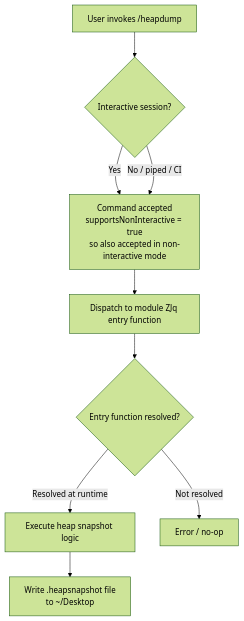
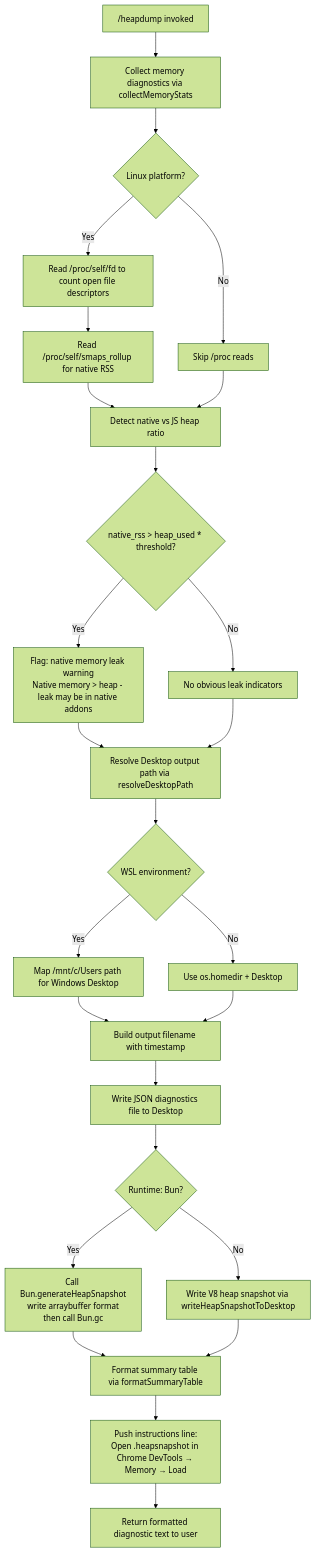
The diagram in versions/v2.1.141/heapdump.md (MyLittleLuckyDog/cc-gnothi), drawn with Mermaid (forest theme) before and after one commit. The commit also changed other lines of this file and 483 other files, not shown here.

````diff
--- a/versions/v2.1.141/heapdump.md
+++ b/versions/v2.1.141/heapdump.md
@@ -52,11 +56,28 @@
 ```mermaid
 flowchart TD
-    A[User invokes /heapdump] --> B{Interactive session?}
-    B -- Yes --> C[Command accepted\nsupportsNonInteractive = true\nso also accepted in non-interactive mode]
-    B -- No / piped / CI --> C
-    C --> D[Dispatch to module ZJq entry function]
-    D --> E{Entry function resolved?}
-    E -- Resolved at runtime --> F[Execute heap snapshot logic]
-    E -- Not resolved --> G[Error / no-op]
-    F --> H[Write .heapsnapshot file\nto ~/Desktop]
+    A["/heapdump invoked"] --> B[Collect memory diagnostics via collectMemoryStats]
+    B --> C{Linux platform?}
+    C -- Yes --> D[Read /proc/self/fd to count open file descriptors]
+    D --> E[Read /proc/self/smaps_rollup for native RSS]
+    C -- No --> F[Skip /proc reads]
+    E --> G[Detect native vs JS heap ratio]
+    F --> G
+    G --> H{native_rss > heap_used * threshold?}
+    H -- Yes --> I[Flag: native memory leak warning\nNative memory > heap - leak may be in native addons]
+    H -- No --> J[No obvious leak indicators]
+    I --> K[Resolve Desktop output path via resolveDesktopPath]
+    J --> K
+    K --> L{WSL environment?}
+    L -- Yes --> M[Map /mnt/c/Users path for Windows Desktop]
+    L -- No --> N[Use os.homedir + Desktop]
+    M --> O[Build output filename with timestamp]
+    N --> O
+    O --> P[Write JSON diagnostics file to Desktop]
+    P --> Q{Runtime: Bun?}
+    Q -- Yes --> R[Call Bun.generateHeapSnapshot\nwrite arraybuffer format\nthen call Bun.gc]
+    Q -- No --> S[Write V8 heap snapshot via writeHeapSnapshotToDesktop]
+    R --> T[Format summary table via formatSummaryTable]
+    S --> T
+    T --> U[Push instructions line:\nOpen .heapsnapshot in Chrome DevTools → Memory → Load]
+    U --> V[Return formatted diagnostic text to user]
 ```
````
